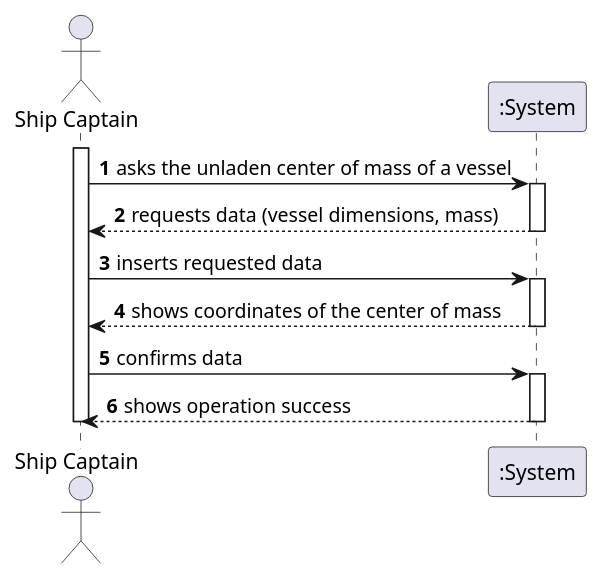
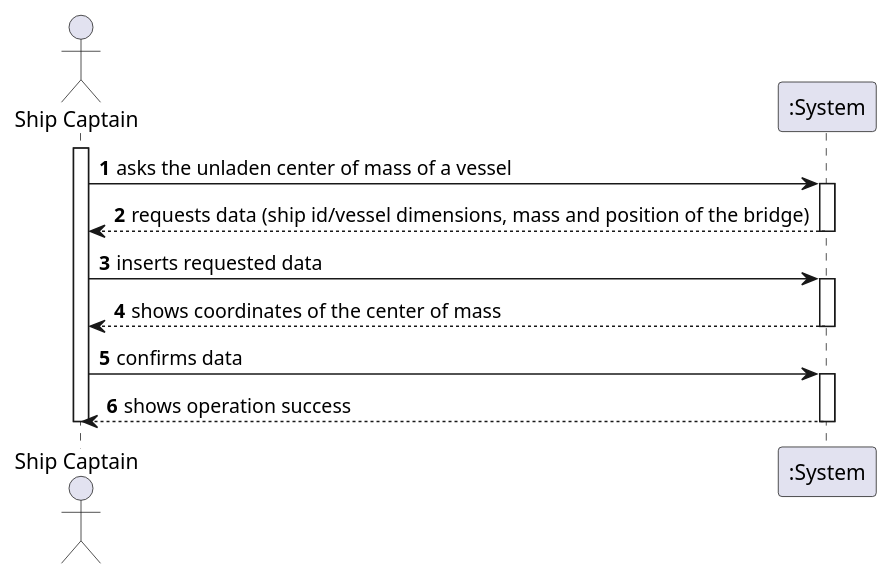
The diagram in docs/Sprint4/US418/US418_SSD.puml (mpoboas/lapr3-2021-g102), drawn with PlantUML before and after one commit. The commit also changed 7 other files, not shown here.

```diff
--- a/docs/Sprint4/US418/US418_SSD.puml
+++ b/docs/Sprint4/US418/US418_SSD.puml
@@ -1,22 +1,22 @@
 @startuml
 'https://plantuml.com/sequence-diagram
 
 autonumber
 
 actor "Ship Captain" as SC
 
 activate SC
 SC -> ":System" : asks the unladen center of mass of a vessel
 activate ":System"
-":System" --> SC : requests data (vessel dimensions, mass)
+":System" --> SC : requests data (ship id/vessel dimensions, mass and position of the bridge)
 deactivate ":System"
 SC -> ":System" : inserts requested data
 activate ":System"
 ":System" --> SC : shows coordinates of the center of mass
 deactivate ":System"
 SC -> ":System" : confirms data
 activate ":System"
 ":System" --> SC : shows operation success
 deactivate ":System"
 deactivate SC
 @enduml
```
